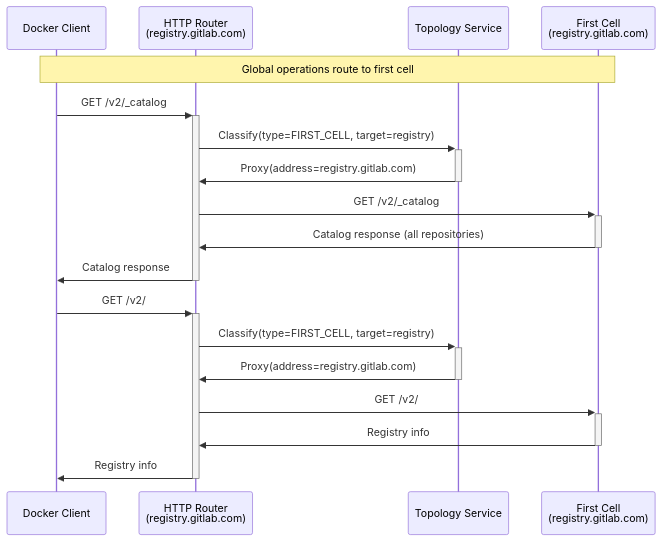
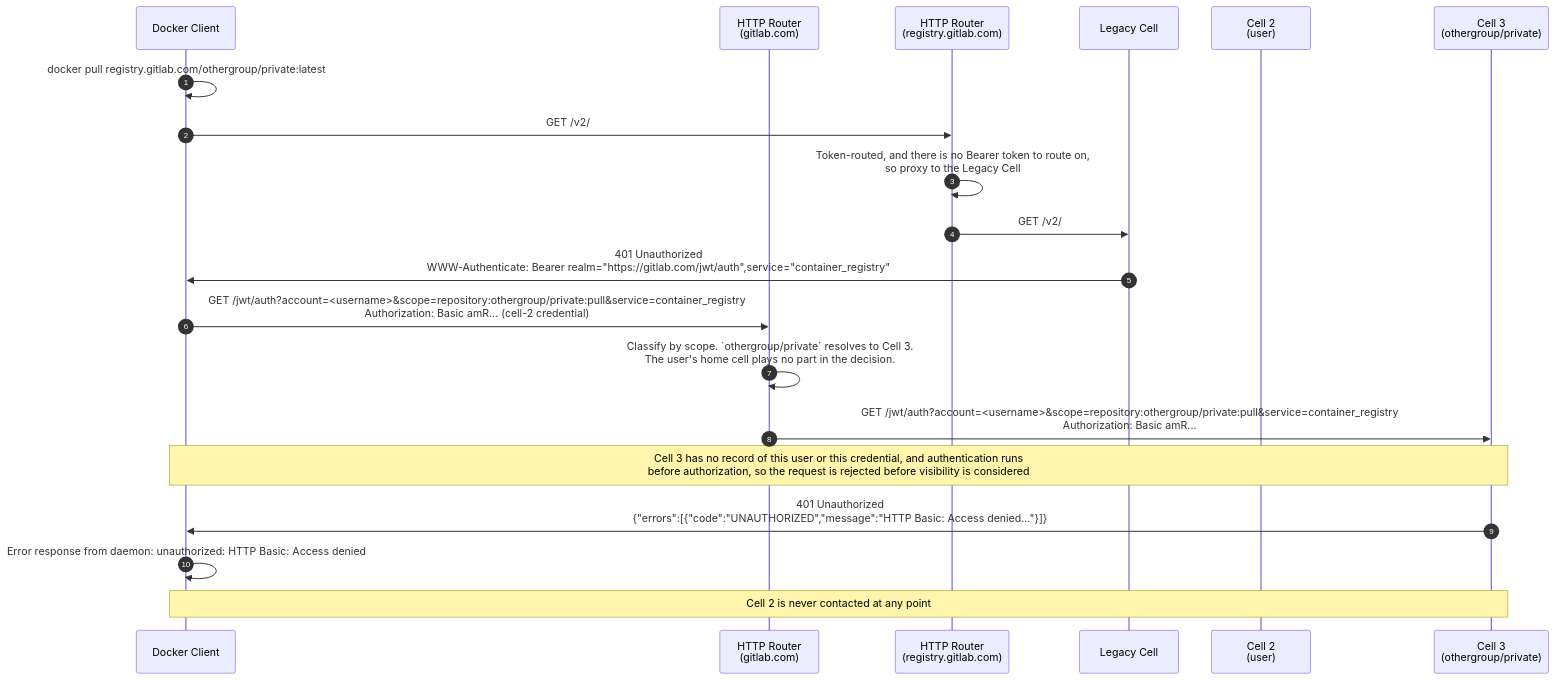
One commit to kyama0/gitlab-handbook-ja changed diagram 12 of 14 in content/handbook/engineering/architecture/design-documents/cells/container_registry_routing_service.md. Above: the diagram before and after it, drawn with Mermaid. The commit also changed other lines of this file and 61 other files, not shown here.

````diff
--- a/content/handbook/engineering/architecture/design-documents/cells/container_registry_routing_service.md
+++ b/content/handbook/engineering/architecture/design-documents/cells/container_registry_routing_service.md
@@ -338,23 +563,22 @@
 ```mermaid
 sequenceDiagram
-    participant Docker as Docker Client
-    participant RegistryRouter as HTTP Router<br/>(registry.gitlab.com)
-    participant TS as Topology Service
-    participant FirstCell as First Cell<br/>(registry.gitlab.com)
-
-    Note over Docker,FirstCell: Global operations route to first cell
-    
-    Docker->>+RegistryRouter: GET /v2/_catalog
-    RegistryRouter->>+TS: Classify(type=FIRST_CELL, target=registry)
-    TS->>-RegistryRouter: Proxy(address=registry.gitlab.com)
-    RegistryRouter->>+FirstCell: GET /v2/_catalog
-    FirstCell->>-RegistryRouter: Catalog response (all repositories)
-    RegistryRouter->>-Docker: Catalog response
-    
-    Docker->>+RegistryRouter: GET /v2/
-    RegistryRouter->>+TS: Classify(type=FIRST_CELL, target=registry)
-    TS->>-RegistryRouter: Proxy(address=registry.gitlab.com)
-    RegistryRouter->>+FirstCell: GET /v2/
-    FirstCell->>-RegistryRouter: Registry info
-    RegistryRouter->>-Docker: Registry info
+  autonumber
+  participant Client as Docker Client
+  participant RouterAll as HTTP Router<br>(gitlab.com)
+  participant RouterRegistry as HTTP Router<br>(registry.gitlab.com)
+  participant CellLegacy as Legacy Cell
+  participant Cell2 as Cell 2<br>(user)
+  participant Cell3 as Cell 3<br>(othergroup/private)
+  Client->>Client: docker pull registry.gitlab.com/othergroup/private:latest
+  Client->>RouterRegistry: GET /v2/
+  RouterRegistry->>RouterRegistry: Token-routed, and there is no Bearer token to route on,<br>so proxy to the Legacy Cell
+  RouterRegistry->>CellLegacy: GET /v2/
+  CellLegacy->>Client: 401 Unauthorized<br>WWW-Authenticate: Bearer realm="https://gitlab.com/jwt/auth",service="container_registry"
+  Client->>RouterAll: GET /jwt/auth?account=<username>&scope=repository:othergroup/private:pull&service=container_registry<br>Authorization:    Basic amR... (cell-2 credential)
+  RouterAll->>RouterAll: Classify by scope. `othergroup/private` resolves to Cell 3.<br>The user's home cell plays no part in the decision.
+  RouterAll->>Cell3: GET /jwt/auth?account=<username>&scope=repository:othergroup/private:pull&service=container_registry<br>Authorization:    Basic amR...
+  Note over Client,Cell3: Cell 3 has no record of this user or this credential, and authentication runs<br>before authorization, so the request is rejected before visibility is considered
+  Cell3->>Client: 401 Unauthorized<br>{"errors":[{"code":"UNAUTHORIZED","message":"HTTP Basic: Access denied..."}]}
+  Client->>Client: Error response from daemon: unauthorized: HTTP Basic: Access denied
+  Note over Client,Cell3: Cell 2 is never contacted at any point
 ```
````
